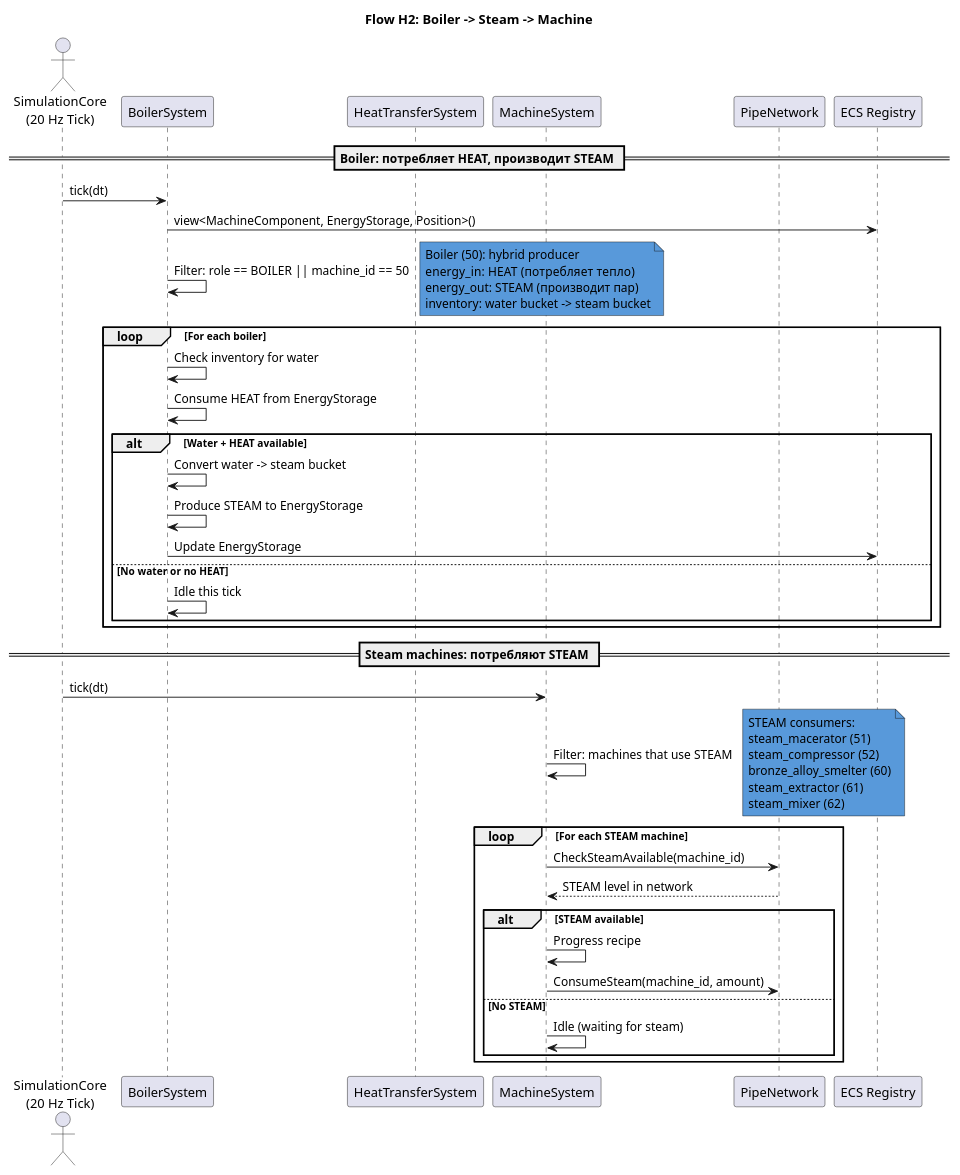
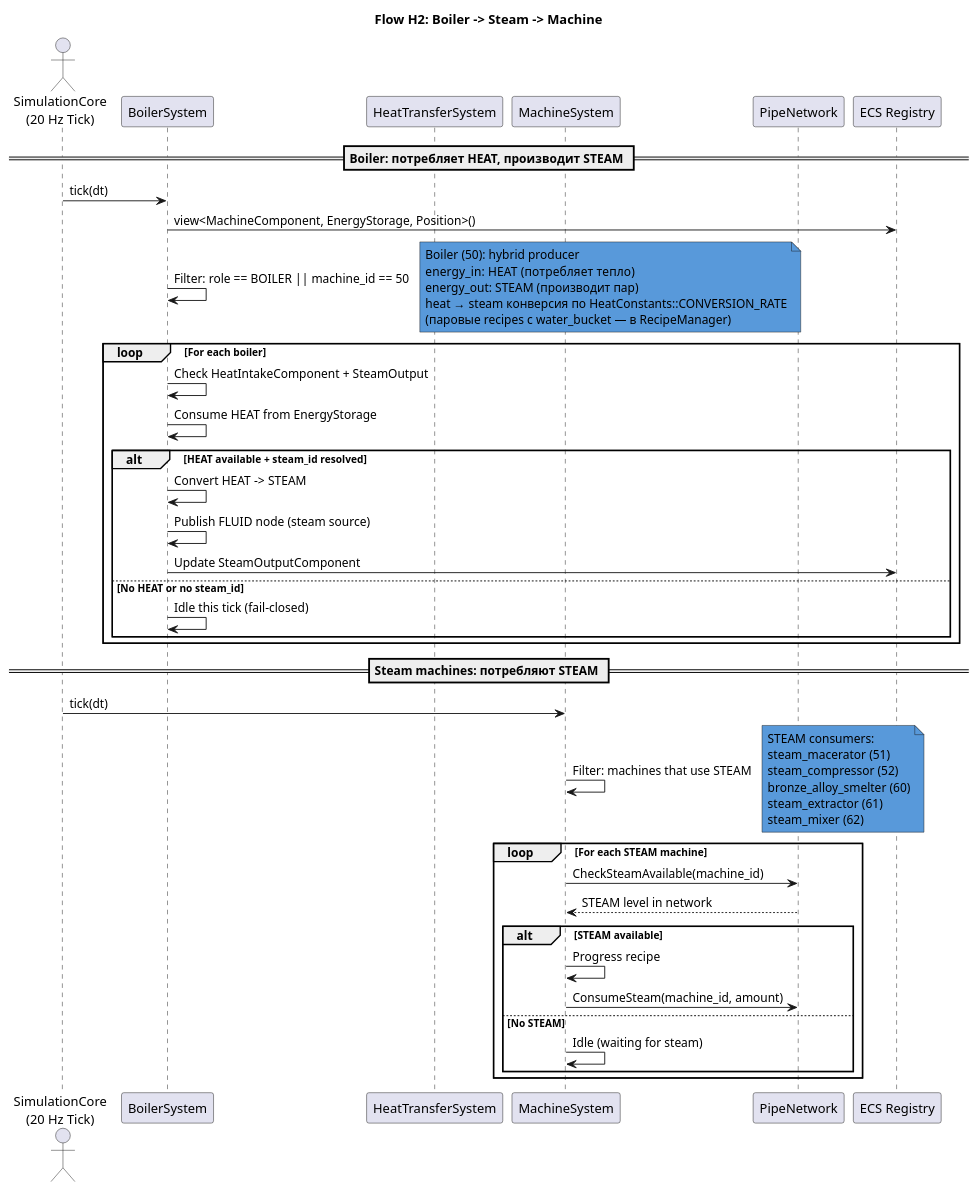
The second of 3 diagrams in doc/userflow/03-heat-management.puml (lexasub/gtnh-platform), drawn with PlantUML before and after one commit. The commit also changed 26 other files, not shown here.

```diff
--- a/doc/userflow/03-heat-management.puml
+++ b/doc/userflow/03-heat-management.puml
@@ -83,63 +83,64 @@
 @startuml heat-boiler-steam
 title **Flow H2: Boiler -> Steam -> Machine**
 
 actor "SimulationCore\n(20 Hz Tick)" as Tick
 participant "BoilerSystem" as Boiler
 participant "HeatTransferSystem" as HT
 participant "MachineSystem" as MachineSys
 participant "PipeNetwork" as PN
 participant "ECS Registry" as ECS
 
 == Boiler: потребляет HEAT, производит STEAM ==
 
 Tick -> Boiler: tick(dt)
 Boiler -> ECS: view<MachineComponent, EnergyStorage, Position>()
 
 Boiler -> Boiler: Filter: role == BOILER || machine_id == 50
 
 note right #5899DA
   Boiler (50): hybrid producer
   energy_in: HEAT  (потребляет тепло)
   energy_out: STEAM (производит пар)
-  inventory: water bucket -> steam bucket
+  heat → steam конверсия по HeatConstants::CONVERSION_RATE
+  (паровые recipes с water_bucket — в RecipeManager)
 end note
 
 loop For each boiler
-    Boiler -> Boiler: Check inventory for water
+    Boiler -> Boiler: Check HeatIntakeComponent + SteamOutput
     Boiler -> Boiler: Consume HEAT from EnergyStorage
-    alt Water + HEAT available
-        Boiler -> Boiler: Convert water -> steam bucket
-        Boiler -> Boiler: Produce STEAM to EnergyStorage
-        Boiler -> ECS: Update EnergyStorage
-    else No water or no HEAT
-        Boiler -> Boiler: Idle this tick
+    alt HEAT available + steam_id resolved
+        Boiler -> Boiler: Convert HEAT -> STEAM
+        Boiler -> Boiler: Publish FLUID node (steam source)
+        Boiler -> ECS: Update SteamOutputComponent
+    else No HEAT or no steam_id
+        Boiler -> Boiler: Idle this tick (fail-closed)
     end
 end
 
 == Steam machines: потребляют STEAM ==
 
 Tick -> MachineSys: tick(dt)
 MachineSys -> MachineSys: Filter: machines that use STEAM
 
 note right #5899DA
   STEAM consumers:
   steam_macerator (51)
   steam_compressor (52)
   bronze_alloy_smelter (60)
   steam_extractor (61)
   steam_mixer (62)
 end note
 
 loop For each STEAM machine
     MachineSys -> PN: CheckSteamAvailable(machine_id)
     PN --> MachineSys: STEAM level in network
 
     alt STEAM available
         MachineSys -> MachineSys: Progress recipe
         MachineSys -> PN: ConsumeSteam(machine_id, amount)
     else No STEAM
         MachineSys -> MachineSys: Idle (waiting for steam)
     end
 end
 
 @enduml
```
